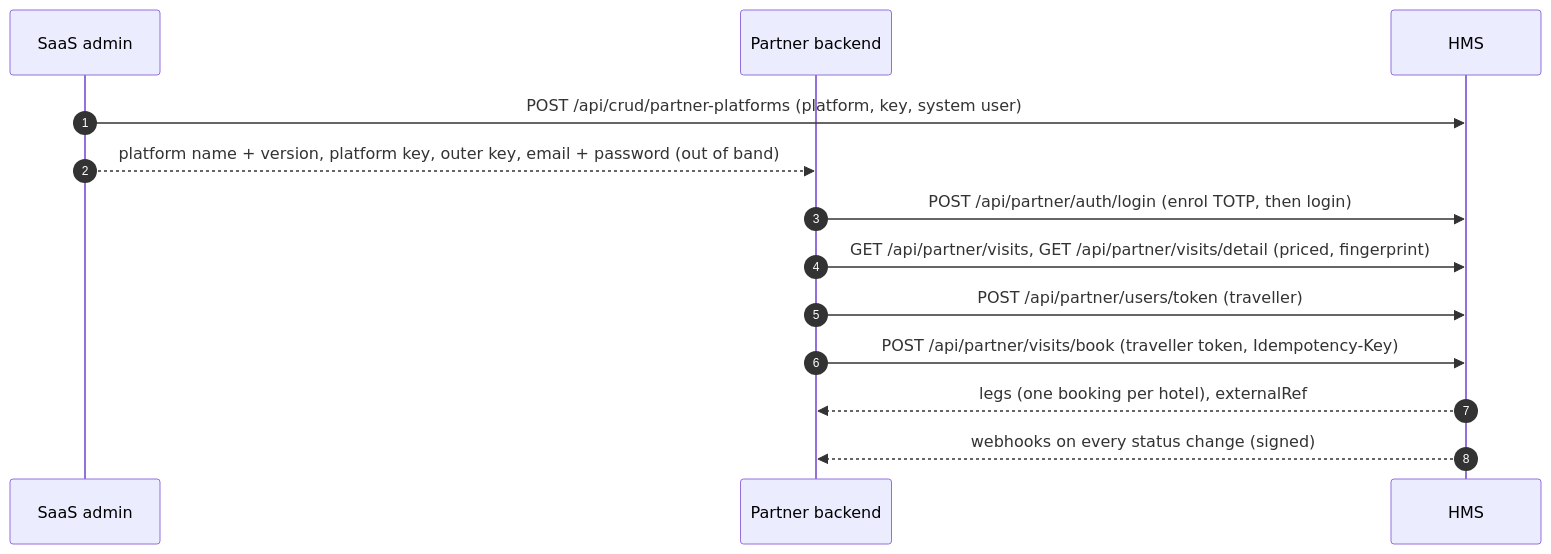
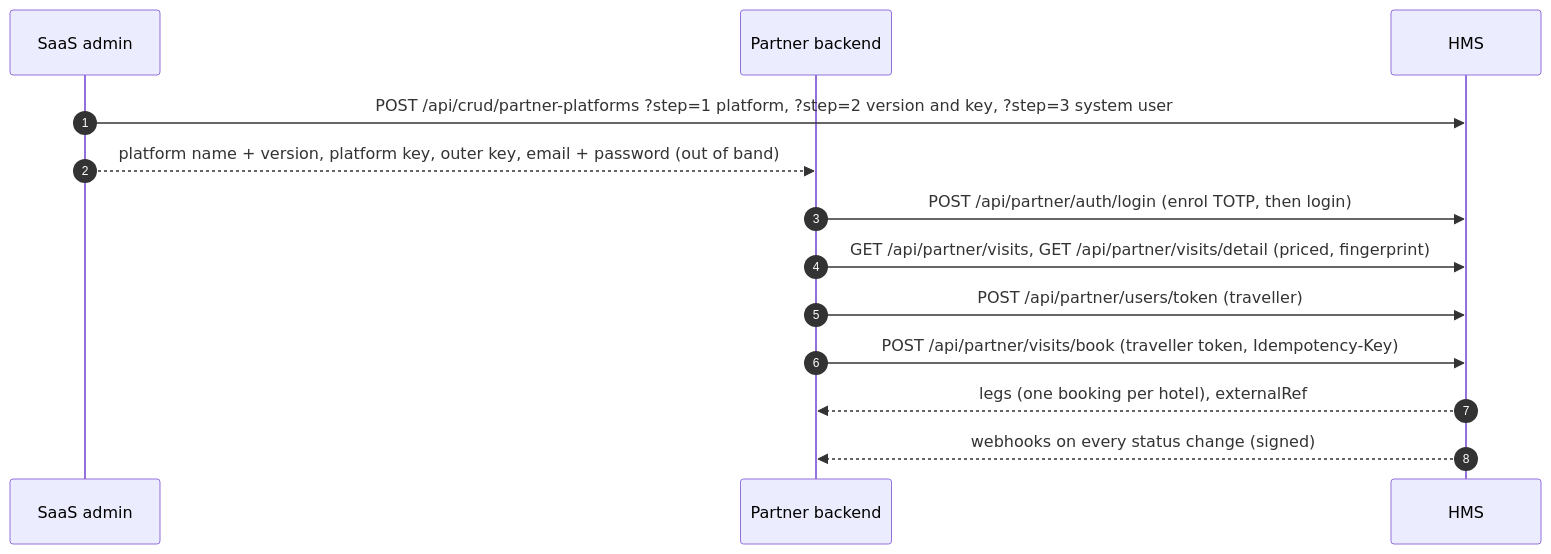
The diagram in docs/hms-documentation/visits/visits-overview.md (Aashir-Adnan/UBS-Doc), drawn with Mermaid before and after one commit. The commit also changed 9 other files, not shown here.

````diff
--- a/docs/hms-documentation/visits/visits-overview.md
+++ b/docs/hms-documentation/visits/visits-overview.md
@@ -51,15 +51,15 @@
 ```mermaid
 sequenceDiagram
   autonumber
   participant A as SaaS admin
   participant P as Partner backend
   participant H as HMS
-  A->>H: POST /api/crud/partner-platforms (platform, key, system user)
+  A->>H: POST /api/crud/partner-platforms ?step=1 platform, ?step=2 version and key, ?step=3 system user
   A-->>P: platform name + version, platform key, outer key, email + password (out of band)
   P->>H: POST /api/partner/auth/login (enrol TOTP, then login)
   P->>H: GET /api/partner/visits, GET /api/partner/visits/detail (priced, fingerprint)
   P->>H: POST /api/partner/users/token (traveller)
   P->>H: POST /api/partner/visits/book (traveller token, Idempotency-Key)
   H-->>P: legs (one booking per hotel), externalRef
   H-->>P: webhooks on every status change (signed)
 ```
````
